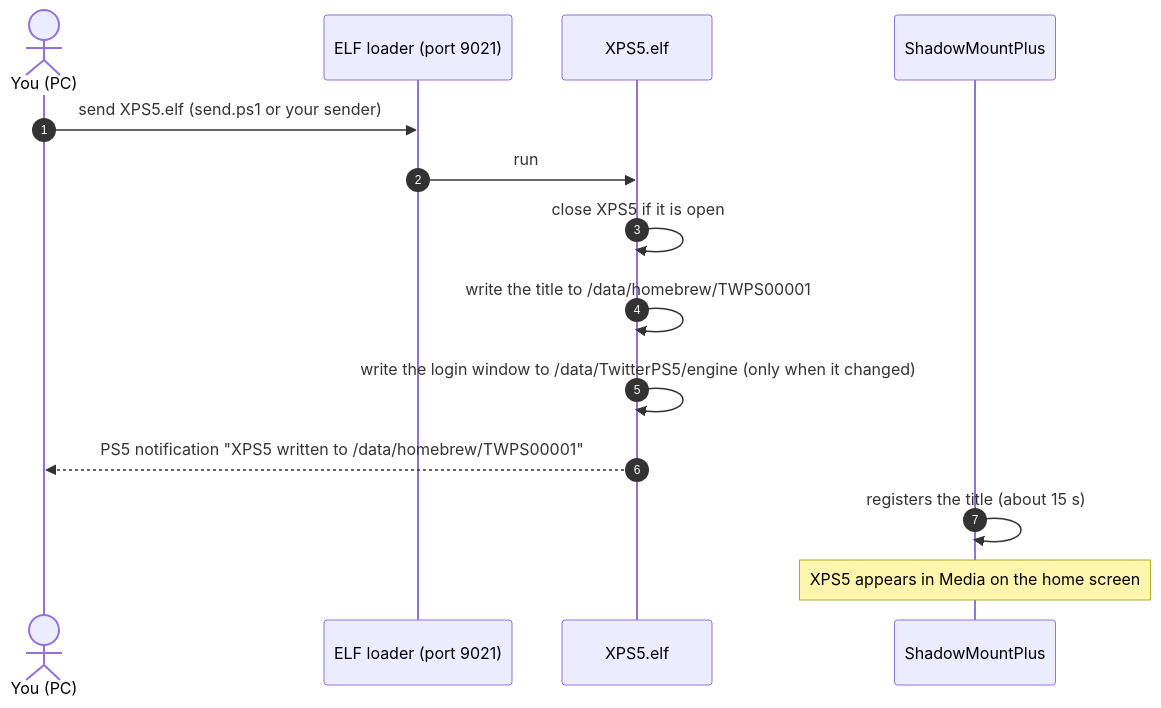
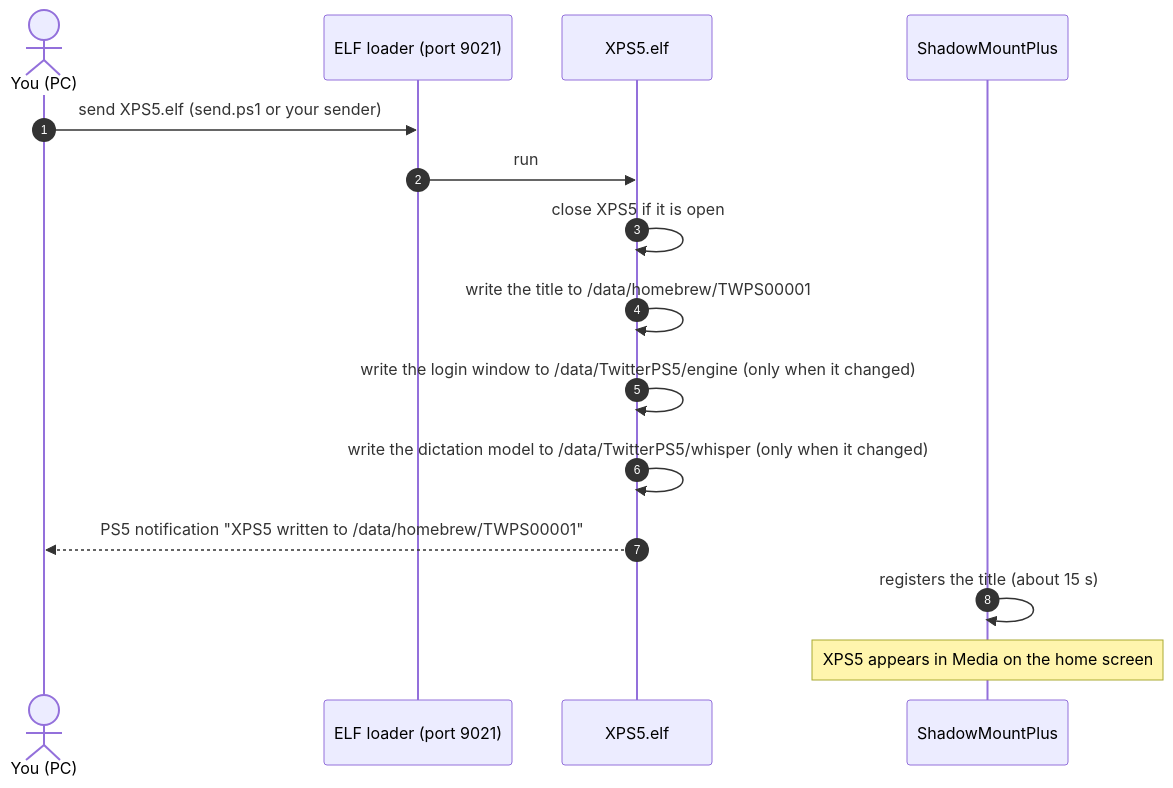
The sixth of 6 diagrams in README.md (ramalhoboss/XPS5), drawn with Mermaid before and after one commit. The commit also changed other lines of this file and 392 other files, not shown here.

````diff
--- a/README.md
+++ b/README.md
@@ -191,16 +218,17 @@
 ```mermaid
 sequenceDiagram
     autonumber
     actor U as You (PC)
     participant L as ELF loader (port 9021)
     participant I as XPS5.elf
     participant S as ShadowMountPlus
     U->>L: send XPS5.elf (send.ps1 or your sender)
     L->>I: run
     I->>I: close XPS5 if it is open
     I->>I: write the title to /data/homebrew/TWPS00001
     I->>I: write the login window to /data/TwitterPS5/engine (only when it changed)
+    I->>I: write the dictation model to /data/TwitterPS5/whisper (only when it changed)
     I-->>U: PS5 notification "XPS5 written to /data/homebrew/TWPS00001"
     S->>S: registers the title (about 15 s)
     Note over S: XPS5 appears in Media on the home screen
 ```
````
